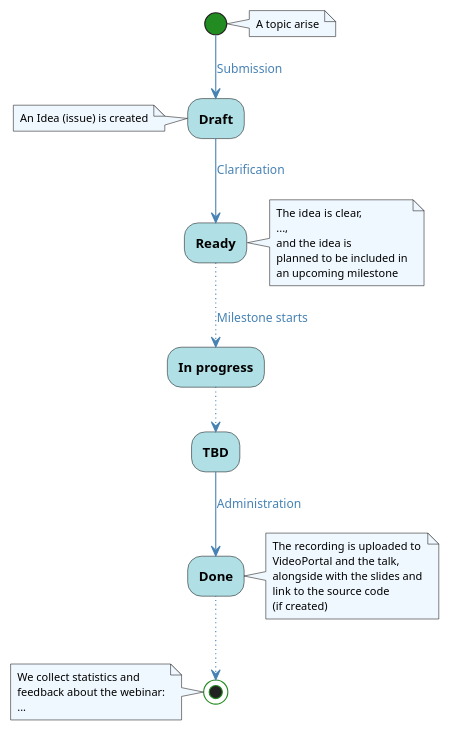
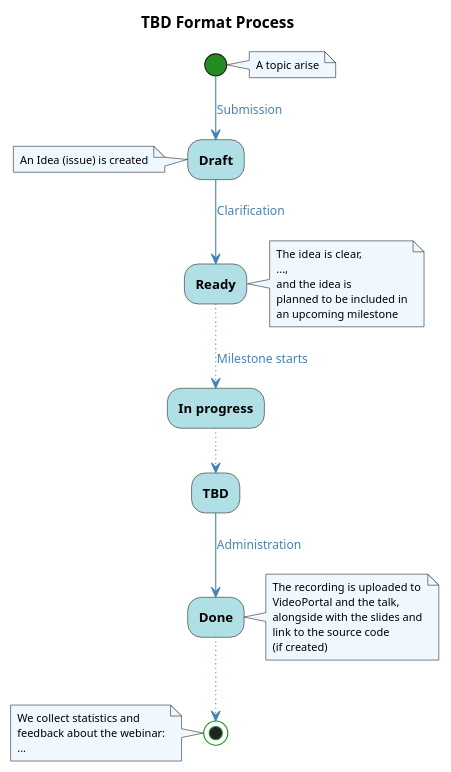
The diagram in docs/uml/process-placeholder.puml (Idea-Pool/topics), drawn with PlantUML before and after one commit. The commit also changed 15 other files, not shown here.

Commit message:
Added diagram titles

```diff
--- a/docs/uml/process-placeholder.puml
+++ b/docs/uml/process-placeholder.puml
@@ -1,55 +1,67 @@
-@startuml TBD Format Process
+@startuml
+
+title TBD Format Process
 
 skinparam defaultFontName Ubuntu Light
 skinparam backgroundColor transparent
 
 skinparam activity {
     BackgroundColor PowderBlue
     StartColor ForestGreen
     EndColor ForestGreen
     FontStyle bold
 }
 
 skinparam arrow {
     Color SteelBlue
     FontColor SteelBlue
 }
 
 skinparam note {
     BackgroundColor AliceBlue
     FontSize 10
 }
 
 note right
     A topic arise
 end note
+
 (*) -->[Submission] Draft
+
 note left
     An Idea (issue) is created
 end note
+
 -->[Clarification] Ready
+
 note right
     The idea is clear,
     ...,
     and the idea is
     planned to be included in
     an upcoming milestone
 end note
+
 ..>[Milestone starts] In progress
+
 ..>TBD
+
 -->[Administration] Done
+
 note right
     The recording is uploaded to
     VideoPortal and the talk,
     alongside with the slides and
     link to the source code
     (if created)
 end note
+
 ..> (*)
+
 note left
     We collect statistics and
     feedback about the webinar:
     ...
 end note
 
 @enduml
```
